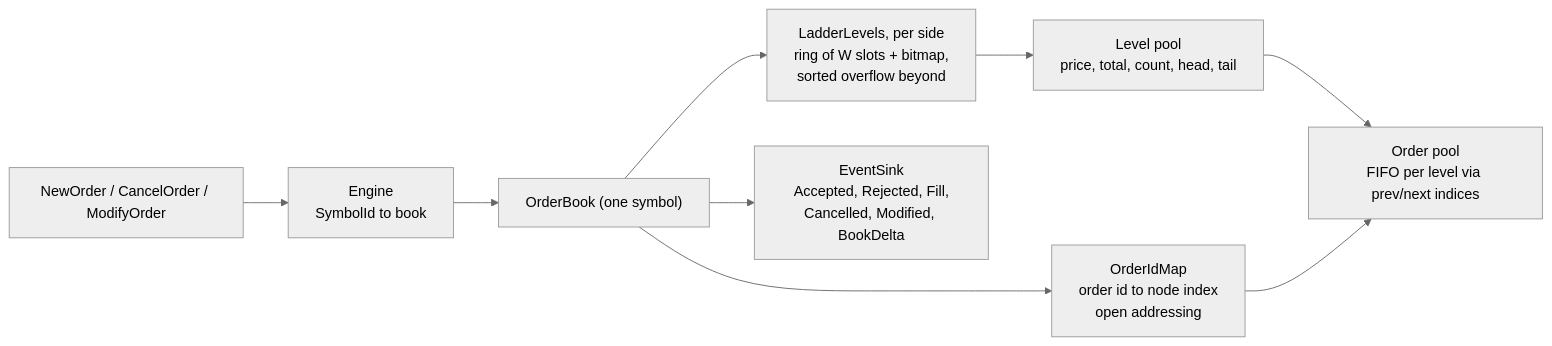
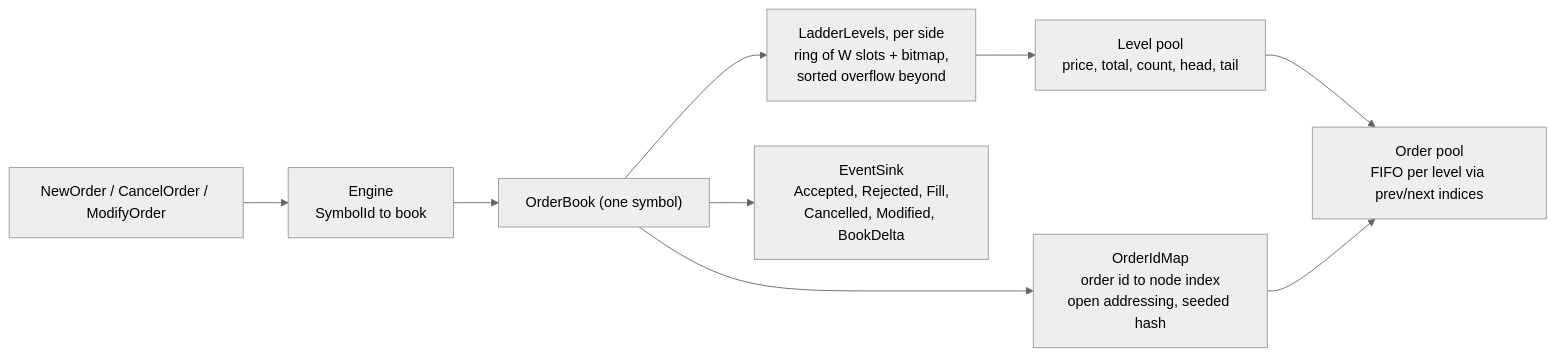
The diagram in README.md (aozmekik/orderbook-cpp), drawn with Mermaid (neutral theme) before and after one commit. The commit also changed other lines of this file and 3 other files, not shown here.

````diff
--- a/README.md
+++ b/README.md
@@ -159,11 +179,11 @@
 ```mermaid
 flowchart LR
     req["NewOrder / CancelOrder / ModifyOrder"] --> engine["Engine<br/>SymbolId to book"]
     engine --> book["OrderBook (one symbol)"]
-    book --> ids["OrderIdMap<br/>order id to node index<br/>open addressing"]
+    book --> ids["OrderIdMap<br/>order id to node index<br/>open addressing, seeded hash"]
     book --> ladder["LadderLevels, per side<br/>ring of W slots + bitmap,<br/>sorted overflow beyond"]
     ladder --> levels["Level pool<br/>price, total, count, head, tail"]
     levels --> orders["Order pool<br/>FIFO per level via prev/next indices"]
     ids --> orders
     book --> sink["EventSink<br/>Accepted, Rejected, Fill,<br/>Cancelled, Modified, BookDelta"]
 ```
````
